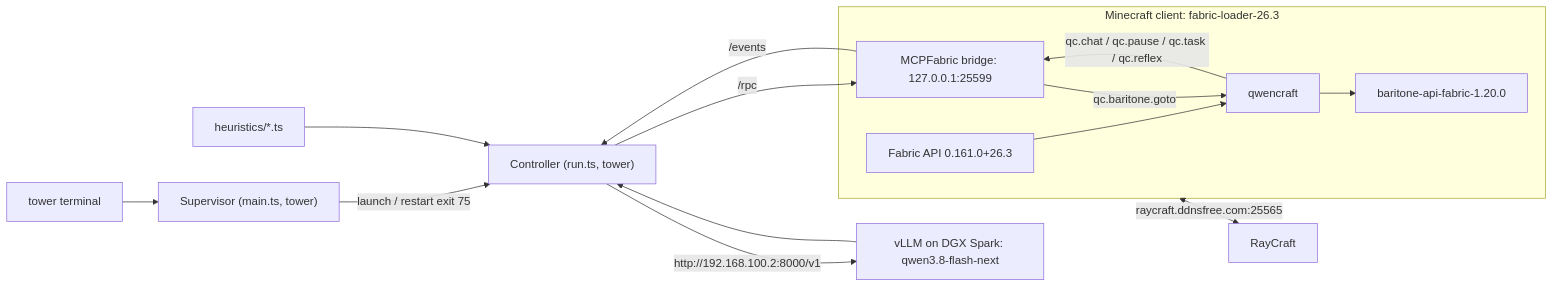
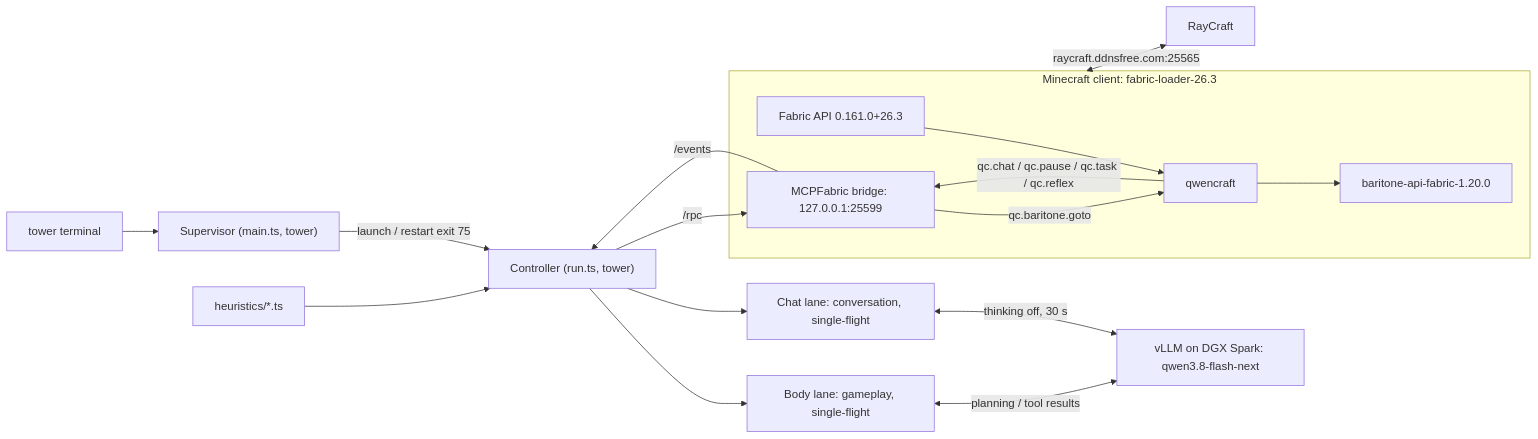
Before and after one commit to jaredlyon/qwencraft: the first of 2 diagrams in docs/10-architecture.md, drawn with Mermaid. The commit also changed other lines of this file and 22 other files, not shown here.

First line of the commit message:
Reliable chat lane, inventory chests heuristic, dig-down mining, faster deposits

````diff
--- a/docs/10-architecture.md
+++ b/docs/10-architecture.md
@@ -38,21 +38,23 @@
 ```mermaid
 flowchart LR
     T["tower terminal"] --> S["Supervisor (main.ts, tower)"]
     S -->|"launch / restart exit 75"| C["Controller (run.ts, tower)"]
     H["heuristics/*.ts"] --> C
-    C -->|"http://192.168.100.2:8000/v1"| V["vLLM on DGX Spark: qwen3.8-flash-next"]
-    V --> C
+    C --> Body["Body lane: gameplay, single-flight"]
+    C --> Chat["Chat lane: conversation, single-flight"]
+    Body <-->|"planning / tool results"| V["vLLM on DGX Spark: qwen3.8-flash-next"]
+    Chat <-->|"thinking off, 30 s"| V
     subgraph M["Minecraft client: fabric-loader-26.3"]
         F["Fabric API 0.161.0+26.3"]
         B["MCPFabric bridge: 127.0.0.1:25599"]
         Q["qwencraft"]
         N["baritone-api-fabric-1.20.0"]
         F --> Q
         B -->|"qc.baritone.goto"| Q
         Q --> N
         Q -->|"qc.chat / qc.pause / qc.task / qc.reflex"| B
     end
     C -->|"/rpc"| B
     B -->|"/events"| C
     M <-->|"raycraft.ddnsfree.com:25565"| R["RayCraft"]
 ```
````
